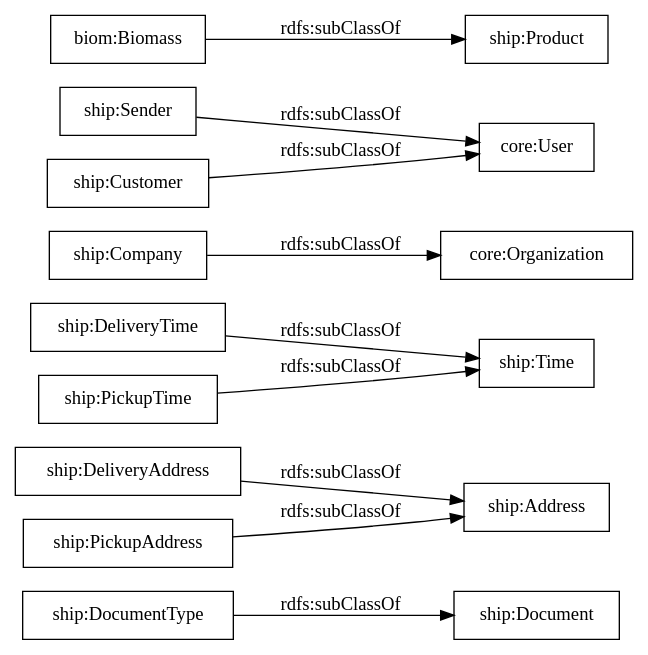
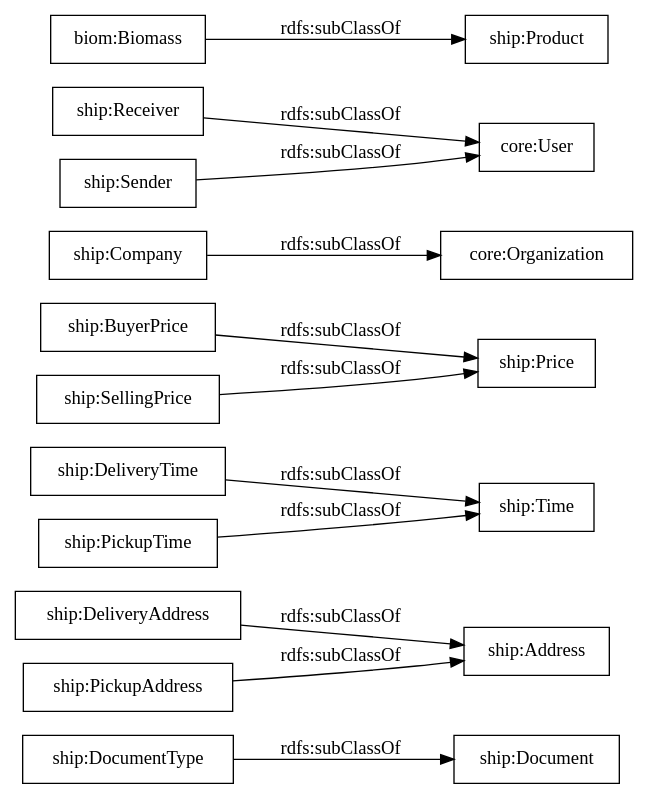
One commit to oeg-upm/auroral-shipmentBiomass-ontology changed the diagram in OnToology/ontology/shipment.ttl/diagrams/ar2dtool-taxonomy/shipment.ttl.png.dot. Above: the diagram before and after it, drawn with Graphviz. The commit also changed 22 other files, not shown here.

```diff
--- a/OnToology/ontology/shipment.ttl/diagrams/ar2dtool-taxonomy/shipment.ttl.png.dot
+++ b/OnToology/ontology/shipment.ttl/diagrams/ar2dtool-taxonomy/shipment.ttl.png.dot
@@ -1,15 +1,17 @@
 digraph ar2dtool_diagram { 
 rankdir=LR;
 size="1000"
-node [shape = rectangle, color="black"]; "ship:DocumentType" "ship:Address" "ship:DeliveryTime" "core:Organization" "core:User" "ship:Time" "ship:DeliveryAddress" "ship:Product" "ship:Document" "ship:PickupTime" "ship:Company" "ship:Sender" "biom:Biomass" "ship:PickupAddress" "ship:Customer" ; /*classes style*/
+node [shape = rectangle, color="black"]; "ship:DocumentType" "ship:Address" "ship:DeliveryTime" "ship:Price" "core:Organization" "core:User" "ship:Time" "ship:BuyerPrice" "ship:SellingPrice" "ship:DeliveryAddress" "ship:Product" "ship:Document" "ship:PickupTime" "ship:Receiver" "ship:Company" "ship:Sender" "biom:Biomass" "ship:PickupAddress" ; /*classes style*/
 	"biom:Biomass" -> "ship:Product" [ label = "rdfs:subClassOf" ];
 	"ship:DocumentType" -> "ship:Document" [ label = "rdfs:subClassOf" ];
+	"ship:BuyerPrice" -> "ship:Price" [ label = "rdfs:subClassOf" ];
 	"ship:PickupTime" -> "ship:Time" [ label = "rdfs:subClassOf" ];
-	"ship:Customer" -> "core:User" [ label = "rdfs:subClassOf" ];
+	"ship:Receiver" -> "core:User" [ label = "rdfs:subClassOf" ];
 	"ship:DeliveryAddress" -> "ship:Address" [ label = "rdfs:subClassOf" ];
 	"ship:Company" -> "core:Organization" [ label = "rdfs:subClassOf" ];
+	"ship:SellingPrice" -> "ship:Price" [ label = "rdfs:subClassOf" ];
 	"ship:DeliveryTime" -> "ship:Time" [ label = "rdfs:subClassOf" ];
 	"ship:PickupAddress" -> "ship:Address" [ label = "rdfs:subClassOf" ];
 	"ship:Sender" -> "core:User" [ label = "rdfs:subClassOf" ];
 
 }
```
